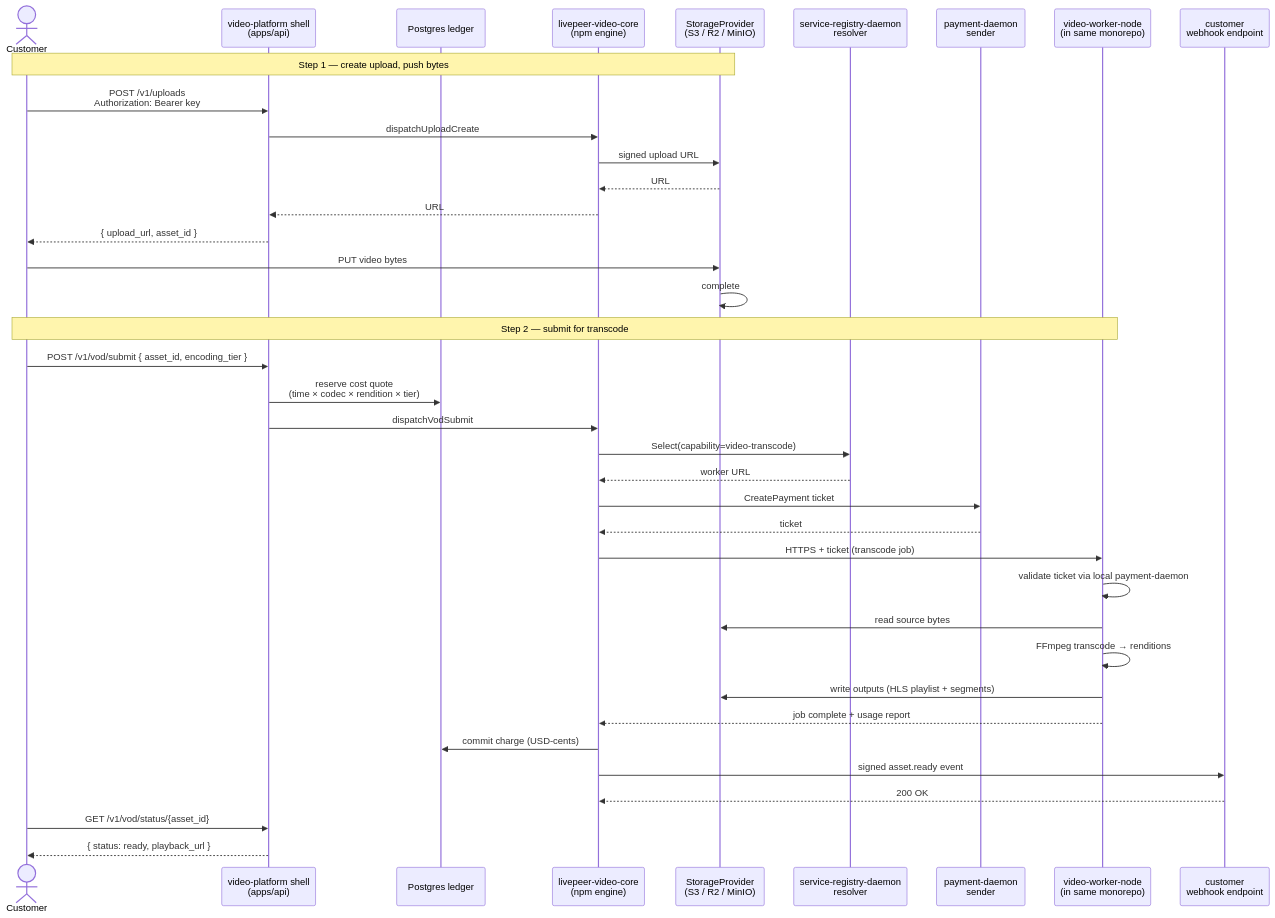
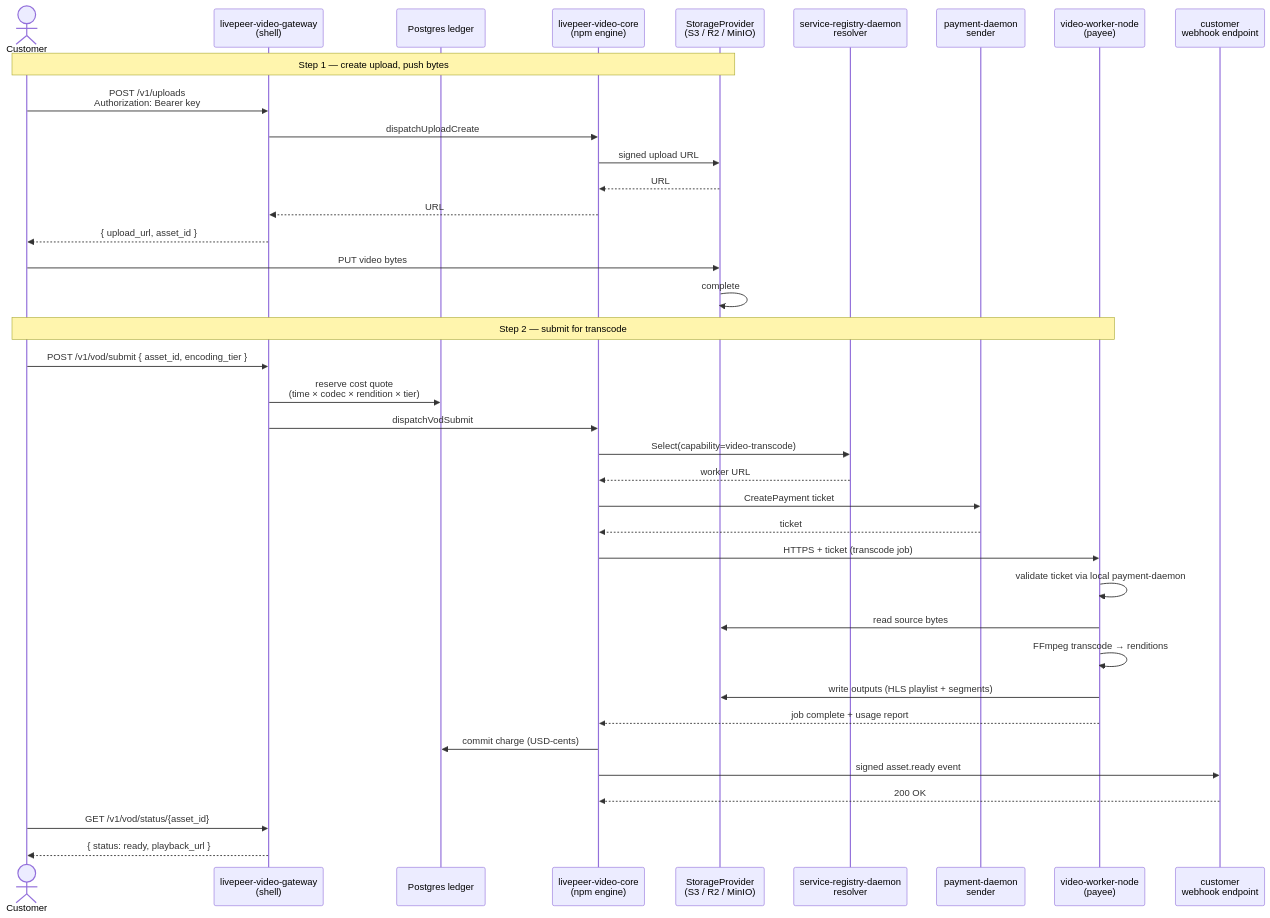
Before and after one commit to Cloud-SPE/livepeer-network-suite: the eighth of 9 diagrams in docs/design-docs/suite-architecture.md, drawn with Mermaid. The commit also changed other lines of this file and 6 other files, not shown here.

````diff
--- a/docs/design-docs/suite-architecture.md
+++ b/docs/design-docs/suite-architecture.md
@@ -1109,44 +1104,44 @@
 ```mermaid
 sequenceDiagram
     actor Cust as Customer
-    participant GW as video-platform shell<br/>(apps/api)
+    participant GW as livepeer-video-gateway<br/>(shell)
     participant DB as Postgres ledger
     participant Eng as livepeer-video-core<br/>(npm engine)
     participant Storage as StorageProvider<br/>(S3 / R2 / MinIO)
     participant Resolver as service-registry-daemon<br/>resolver
     participant Sender as payment-daemon<br/>sender
-    participant Worker as video-worker-node<br/>(in same monorepo)
+    participant Worker as video-worker-node<br/>(payee)
     participant Webhook as customer<br/>webhook endpoint
 
     Note over Cust,Storage: Step 1 — create upload, push bytes
     Cust->>GW: POST /v1/uploads<br/>Authorization: Bearer key
     GW->>Eng: dispatchUploadCreate
     Eng->>Storage: signed upload URL
     Storage-->>Eng: URL
     Eng-->>GW: URL
     GW-->>Cust: { upload_url, asset_id }
     Cust->>Storage: PUT video bytes
     Storage->>Storage: complete
 
     Note over Cust,Worker: Step 2 — submit for transcode
     Cust->>GW: POST /v1/vod/submit { asset_id, encoding_tier }
     GW->>DB: reserve cost quote<br/>(time × codec × rendition × tier)
     GW->>Eng: dispatchVodSubmit
     Eng->>Resolver: Select(capability=video-transcode)
     Resolver-->>Eng: worker URL
     Eng->>Sender: CreatePayment ticket
     Sender-->>Eng: ticket
     Eng->>Worker: HTTPS + ticket (transcode job)
     Worker->>Worker: validate ticket via local payment-daemon
     Worker->>Storage: read source bytes
     Worker->>Worker: FFmpeg transcode → renditions
     Worker->>Storage: write outputs (HLS playlist + segments)
     Worker-->>Eng: job complete + usage report
 
     Eng->>DB: commit charge (USD-cents)
     Eng->>Webhook: signed asset.ready event
     Webhook-->>Eng: 200 OK
 
     Cust->>GW: GET /v1/vod/status/{asset_id}
     GW-->>Cust: { status: ready, playback_url }
 ```
````
